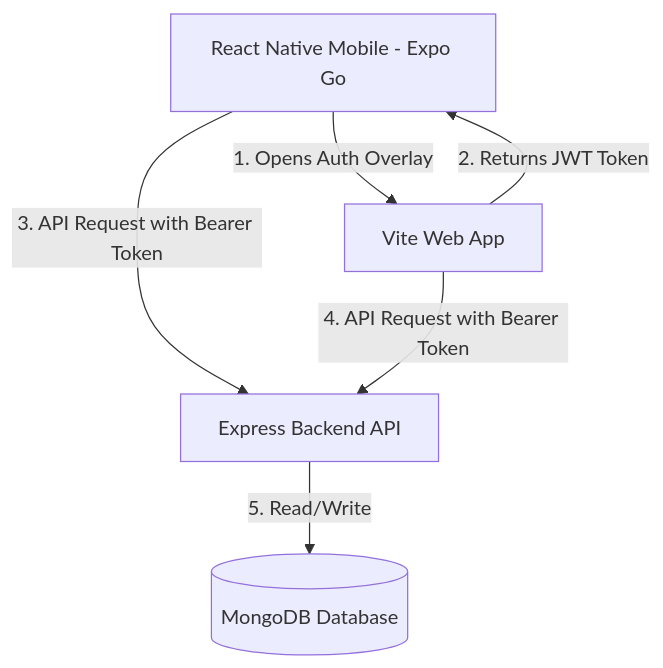
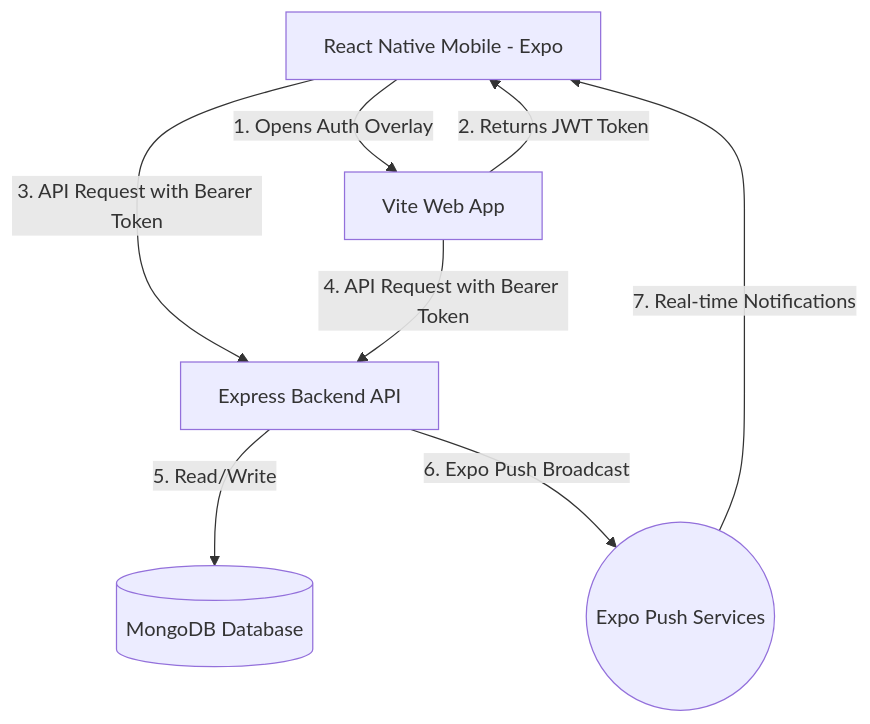
The diagram in README.md (harshagrawal909/SpendWise), drawn with Mermaid before and after one commit. The commit also changed other lines of this file, not shown here.

Commit message:
docs: upgrade README.md with Admin Portal, notification system, auto-updater, and utilities

````diff
--- a/README.md
+++ b/README.md
@@ -14,8 +14,12 @@
 ```mermaid
 graph TD
-    A[React Native Mobile - Expo Go] -->|1. Opens Auth Overlay| C[Vite Web App]
+    A[React Native Mobile - Expo] -->|1. Opens Auth Overlay| C[Vite Web App]
     C -->|2. Returns JWT Token| A
     A -->|3. API Request with Bearer Token| B[Express Backend API]
     C -->|4. API Request with Bearer Token| B
     B -->|5. Read/Write| D[(MongoDB Database)]
+    
+    %% New Admin Features Flow
+    B -->|6. Expo Push Broadcast| E((Expo Push Services))
+    E -->|7. Real-time Notifications| A
 ```
````
